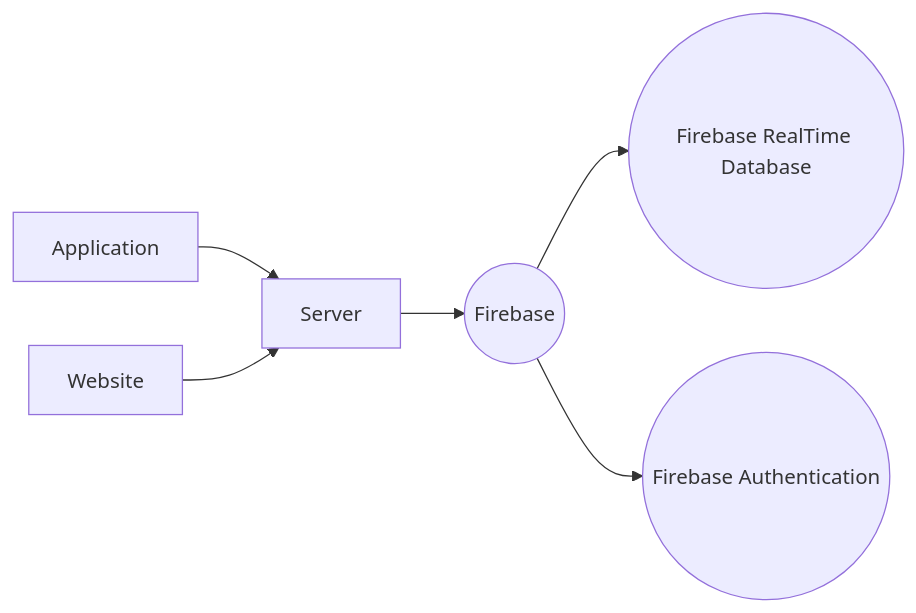
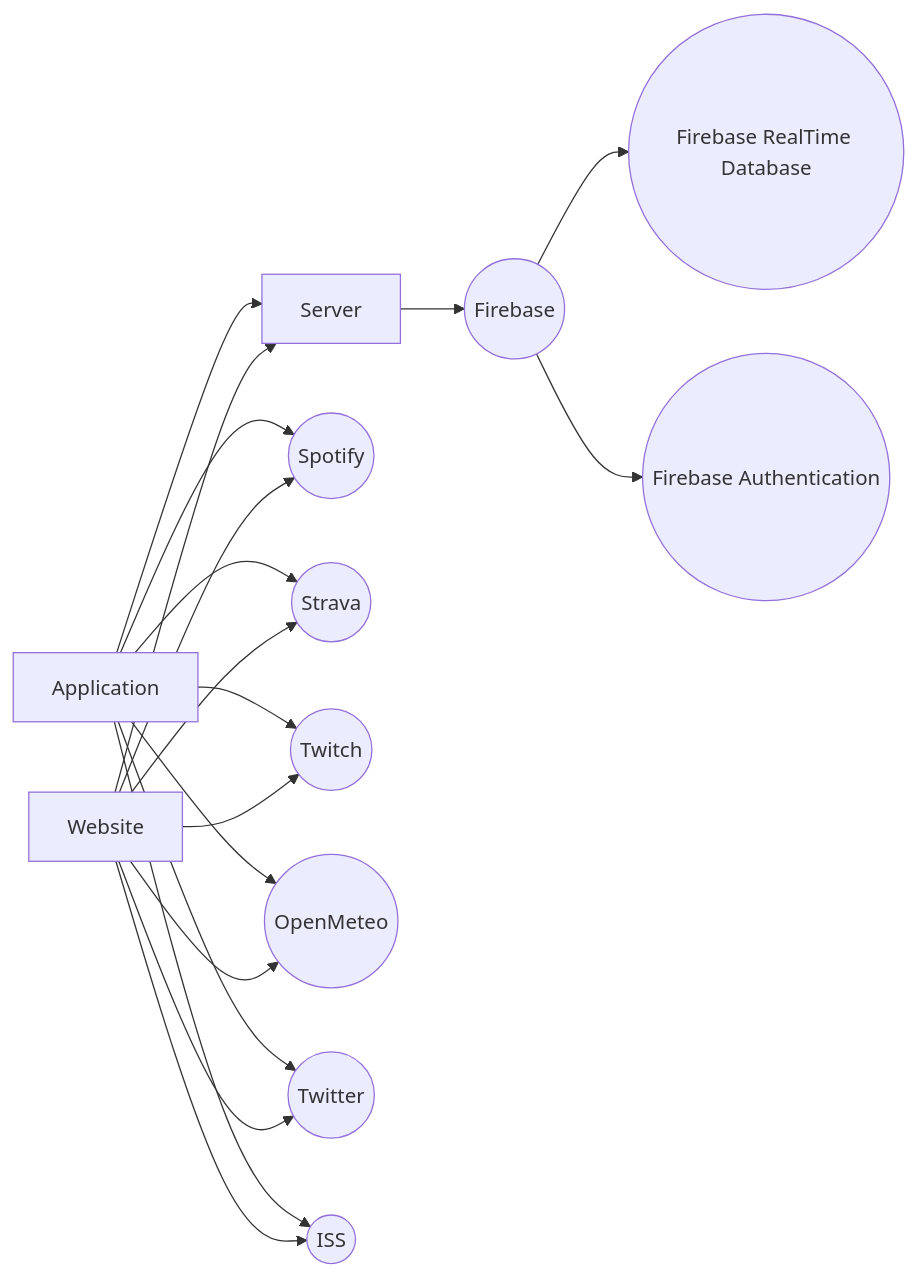
Before and after one commit to Epitech-Nantes-Tek3/AREA: the diagram in README.md, drawn with Mermaid.

Commit message:
Start graph

````diff
--- a/README.md
+++ b/README.md
@@ -50,8 +50,20 @@
 ```mermaid
 graph LR
 A[Application] --> C[Server]
 B[Website] --> C[Server]
 C --> D((Firebase))
 D --> E((Firebase RealTime Database))
 D --> F((Firebase Authentication))
+A --> G((Spotify))
+A --> H((Strava))
+A --> I((Twitch))
+A --> J((OpenMeteo))
+A --> K((Twitter))
+A --> L((ISS))
+B --> G
+B --> H
+B --> I
+B --> J
+B --> K
+B --> L
 ```
````
